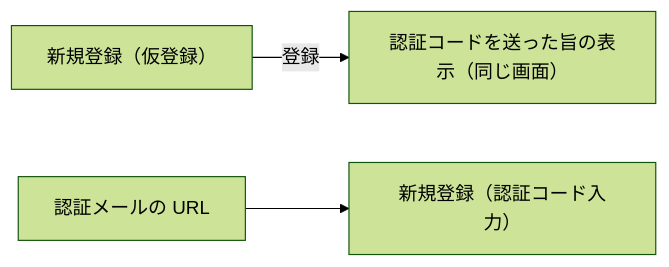
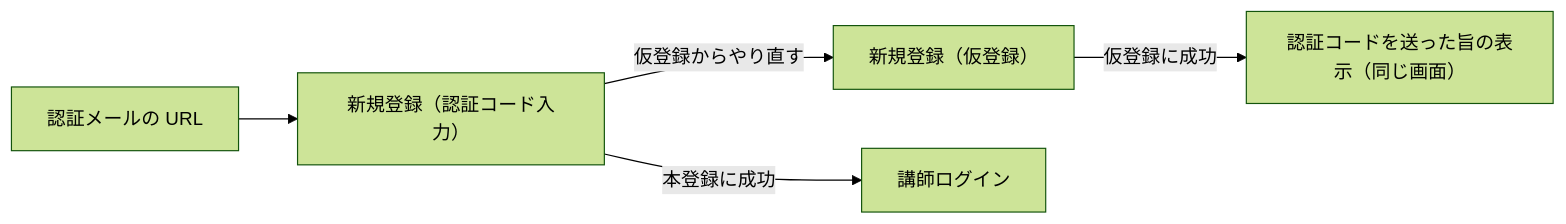
The diagram in docs/specs/screens/instructor-signup.md (yukihiroLaravel/juko_next), drawn with Mermaid (forest theme) before and after one commit. The commit also changed other lines of this file and 1 other file, not shown here.

````diff
--- a/docs/specs/screens/instructor-signup.md
+++ b/docs/specs/screens/instructor-signup.md
@@ -52,5 +68,7 @@
 ```mermaid
 flowchart LR
-    signup[新規登録（仮登録）] -->|登録| notice[認証コードを送った旨の表示（同じ画面）]
+    signup[新規登録（仮登録）] -->|仮登録に成功| notice[認証コードを送った旨の表示（同じ画面）]
     mail[認証メールの URL] --> verify[新規登録（認証コード入力）]
+    verify -->|本登録に成功| login[講師ログイン]
+    verify -->|仮登録からやり直す| signup
 ```
````
